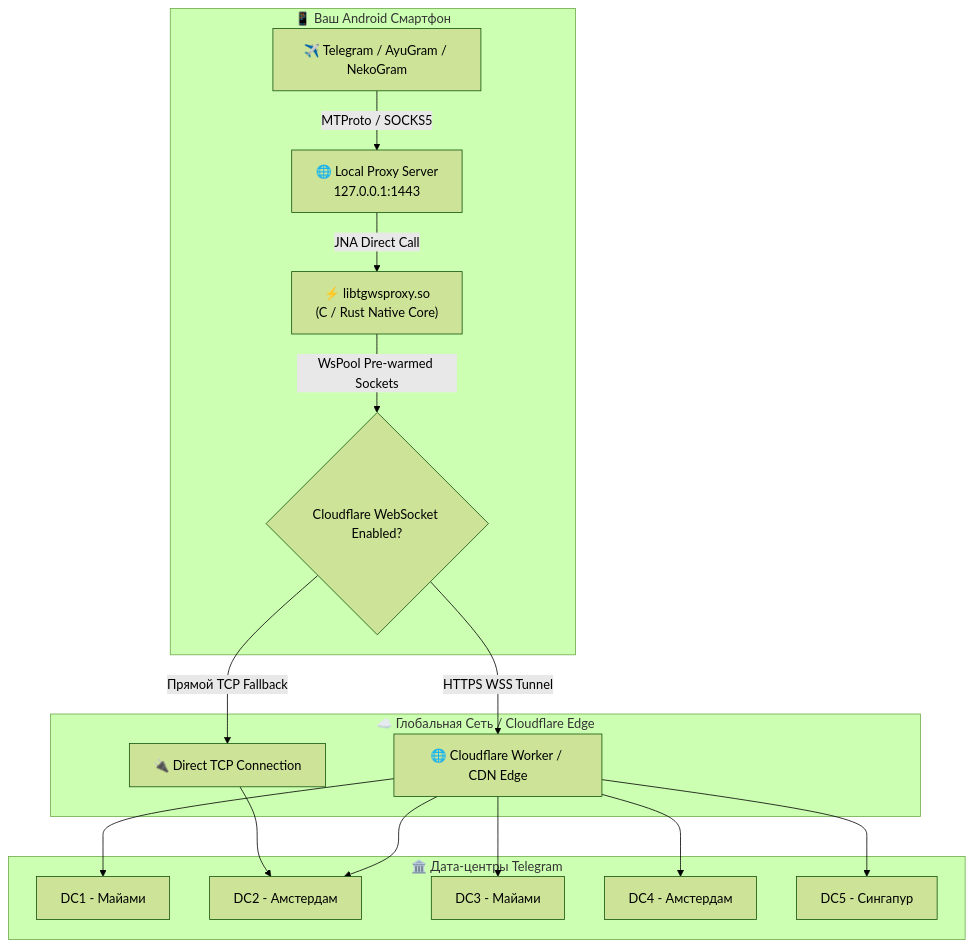
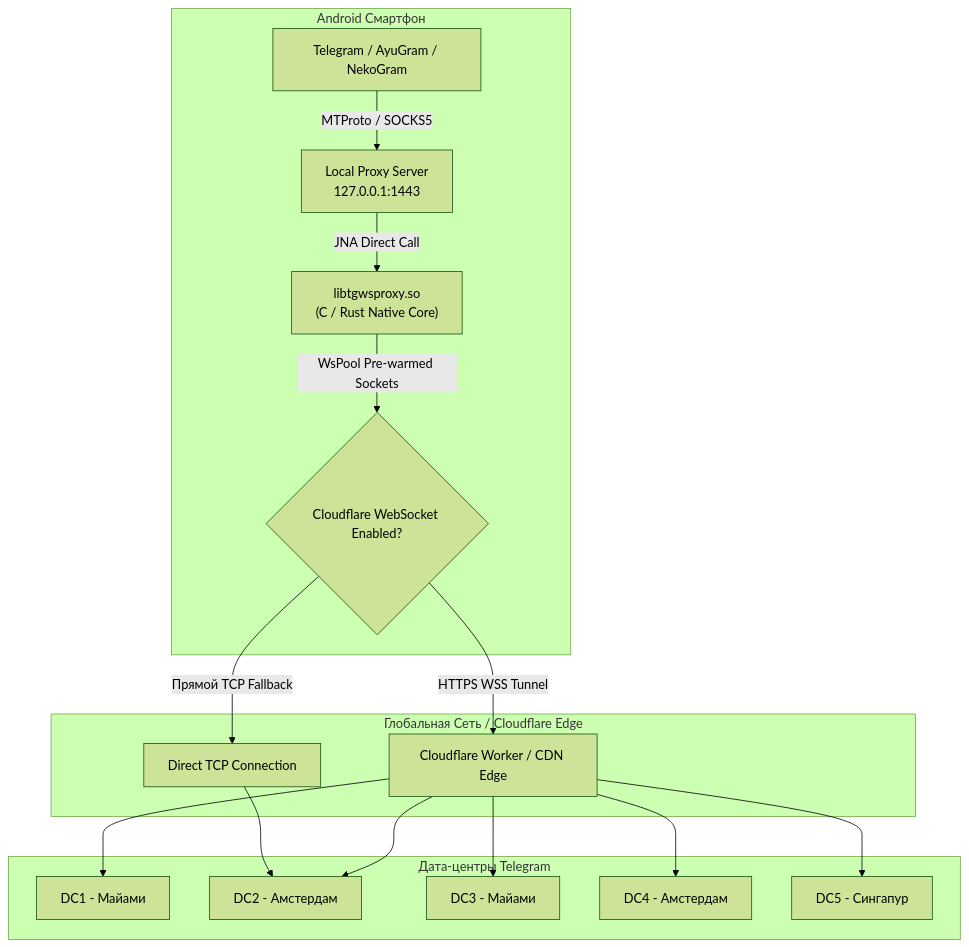
Before and after one commit to joycecurcirt539-dot/Mirrly-TG-Proxy: the diagram in README.md, drawn with Mermaid (forest theme). The commit also changed other lines of this file and 1 other file, not shown here.

````diff
--- a/README.md
+++ b/README.md
@@ -76,22 +76,22 @@
 ```mermaid
 flowchart TD
-    subgraph AndroidDevice ["📱 Ваш Android Смартфон"]
-        TGClient["✈️ Telegram / AyuGram / NekoGram"] -->|MTProto / SOCKS5| LocalServer["🌐 Local Proxy Server\n127.0.0.1:1443"]
-        LocalServer -->|JNA Direct Call| NativeCore["⚡ libtgwsproxy.so\n(C / Rust Native Core)"]
-        NativeCore -->|WsPool Pre-warmed Sockets| PoolMgr{" Cloudflare WebSocket Enabled?"}
+    subgraph AndroidDevice ["Android Смартфон"]
+        TGClient["Telegram / AyuGram / NekoGram"] -->|MTProto / SOCKS5| LocalServer["Local Proxy Server\n127.0.0.1:1443"]
+        LocalServer -->|JNA Direct Call| NativeCore["libtgwsproxy.so\n(C / Rust Native Core)"]
+        NativeCore -->|WsPool Pre-warmed Sockets| PoolMgr{"Cloudflare WebSocket Enabled?"}
     end
 
-    subgraph Internet ["☁️ Глобальная Сеть / Cloudflare Edge"]
-        PoolMgr -->|HTTPS WSS Tunnel| CFWorker["🌐 Cloudflare Worker / CDN Edge"]
-        PoolMgr -->|Прямой TCP Fallback| DirectTCP["🔌 Direct TCP Connection"]
+    subgraph Internet ["Глобальная Сеть / Cloudflare Edge"]
+        PoolMgr -->|HTTPS WSS Tunnel| CFWorker["Cloudflare Worker / CDN Edge"]
+        PoolMgr -->|Прямой TCP Fallback| DirectTCP["Direct TCP Connection"]
     end
 
-    subgraph TelegramDCs ["🏛️ Дата-центры Telegram"]
+    subgraph TelegramDCs ["Дата-центры Telegram"]
         CFWorker --> DC1["DC1 - Майами"]
         CFWorker --> DC2["DC2 - Амстердам"]
         CFWorker --> DC3["DC3 - Майами"]
         CFWorker --> DC4["DC4 - Амстердам"]
         CFWorker --> DC5["DC5 - Сингапур"]
         DirectTCP --> DC2
     end
 ```
````
